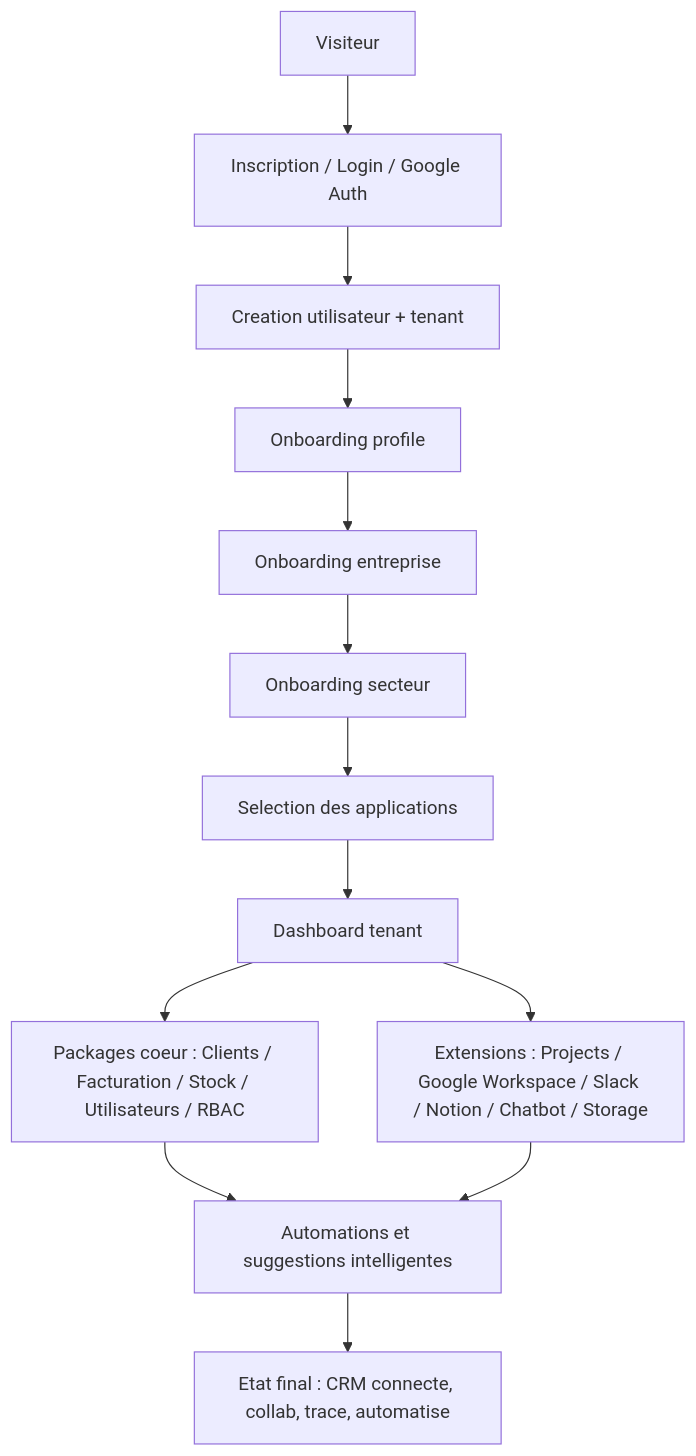
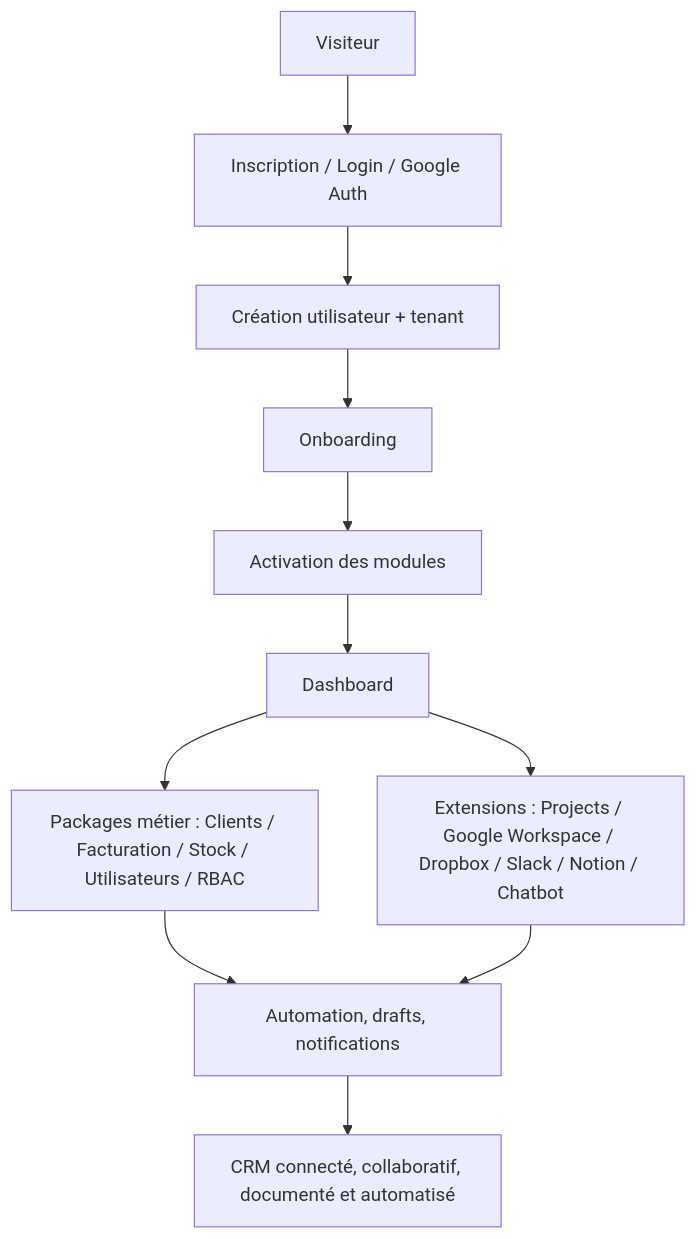
The diagram in docs/SCENARIOS_PROJET_CRM.md (wahidfkiri/Nexus-CRM), drawn with Mermaid before and after one commit. The commit also changed other lines of this file and 178 other files, not shown here.

````diff
--- a/docs/SCENARIOS_PROJET_CRM.md
+++ b/docs/SCENARIOS_PROJET_CRM.md
@@ -18,15 +16,13 @@
 ```mermaid
 flowchart TD
     A["Visiteur"] --> B["Inscription / Login / Google Auth"]
-    B --> C["Creation utilisateur + tenant"]
-    C --> D["Onboarding profile"]
-    D --> E["Onboarding entreprise"]
-    E --> F["Onboarding secteur"]
-    F --> G["Selection des applications"]
-    G --> H["Dashboard tenant"]
-    H --> I["Packages coeur : Clients / Facturation / Stock / Utilisateurs / RBAC"]
-    H --> J["Extensions : Projects / Google Workspace / Slack / Notion / Chatbot / Storage"]
-    I --> K["Automations et suggestions intelligentes"]
-    J --> K
-    K --> L["Etat final : CRM connecte, collab, trace, automatise"]
+    B --> C["Création utilisateur + tenant"]
+    C --> D["Onboarding"]
+    D --> E["Activation des modules"]
+    E --> F["Dashboard"]
+    F --> G["Packages métier : Clients / Facturation / Stock / Utilisateurs / RBAC"]
+    F --> H["Extensions : Projects / Google Workspace / Dropbox / Slack / Notion / Chatbot"]
+    G --> I["Automation, drafts, notifications"]
+    H --> I
+    I --> J["CRM connecté, collaboratif, documenté et automatisé"]
 ```
````
